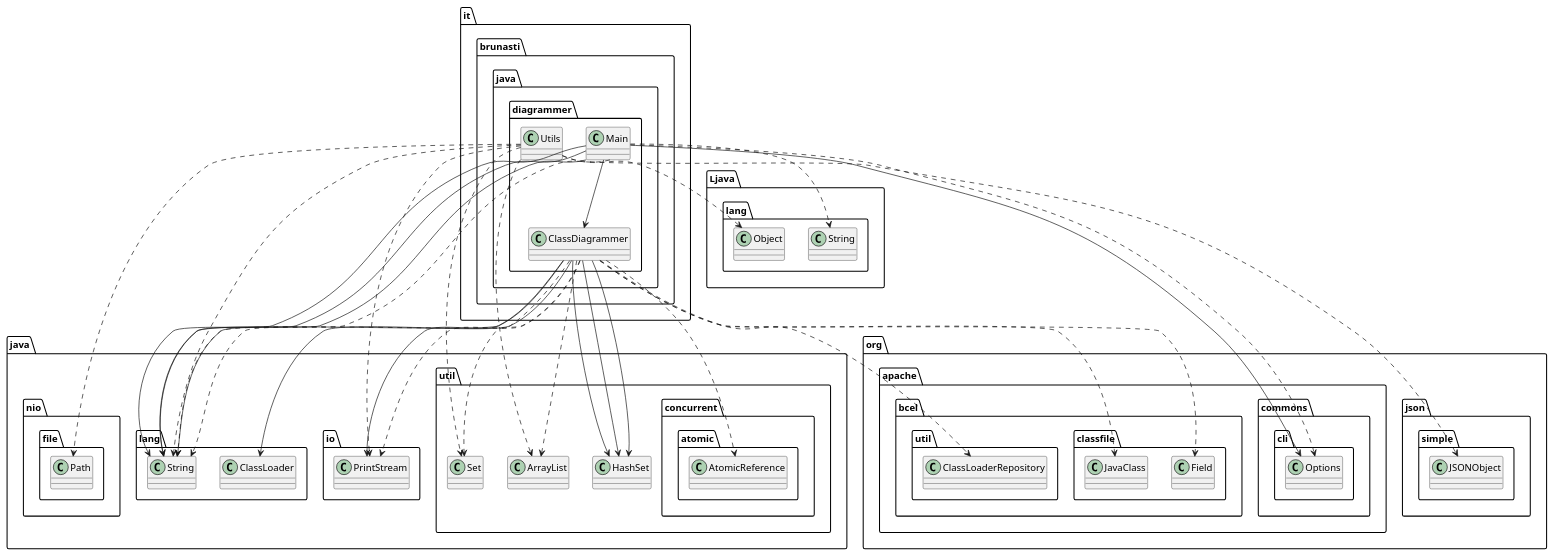
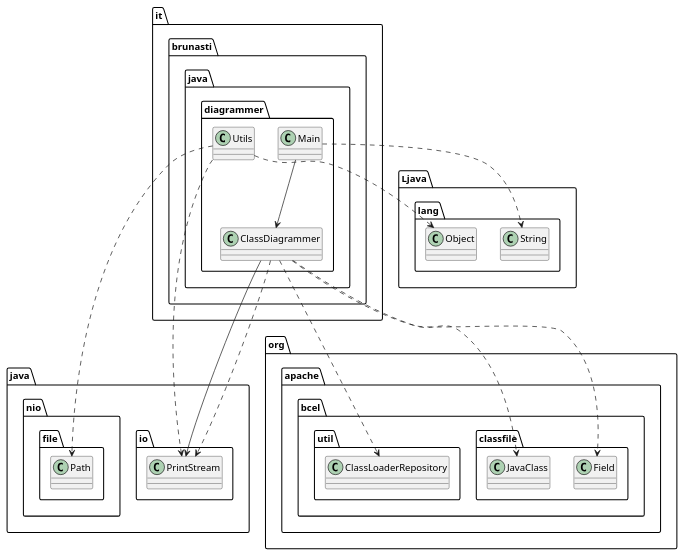
One commit to brunasti/java-diagrammer changed the diagram in temp/output.puml. Above: the diagram before and after it, drawn with PlantUML. The commit also changed 2 other files, not shown here.

Commit message:
Load configuration file - Step 05 fixed load from JSON

```diff
--- a/temp/output.puml
+++ b/temp/output.puml
@@ -1,55 +1,36 @@
 @startuml
 'https://plantuml.com/class-diagram
 
 ' GENERATE CLASS DIAGRAM ===========
 ' Generator     : it.brunasti.java.diagrammer.ClassDiagrammer
 ' Path          : [/Users/paolobrunasti/Work/Mine/java-diagrammer/java-diagrammer/target/classes]
 ' Configuration : [./temp/config.json]
-' Generated at  : Mon Mar 18 13:16:08 CET 2024
+' Generated at  : Mon Mar 18 13:33:12 CET 2024
 
 
 
 ' CLASSES =======
 class it.brunasti.java.diagrammer.ClassDiagrammer
 class it.brunasti.java.diagrammer.Utils
 class it.brunasti.java.diagrammer.Main
 
 ' INHERITANCES =======
 
 ' IMPLEMENT INTERFACE =======
 
 ' FIELDS =======
 it.brunasti.java.diagrammer.ClassDiagrammer --> java.io.PrintStream
-it.brunasti.java.diagrammer.ClassDiagrammer --> java.util.HashSet
-it.brunasti.java.diagrammer.ClassDiagrammer --> java.util.HashSet
-it.brunasti.java.diagrammer.ClassDiagrammer --> java.lang.String
-it.brunasti.java.diagrammer.ClassDiagrammer --> java.util.HashSet
-it.brunasti.java.diagrammer.ClassDiagrammer --> java.lang.ClassLoader
 it.brunasti.java.diagrammer.Main --> it.brunasti.java.diagrammer.ClassDiagrammer
-it.brunasti.java.diagrammer.Main --> java.lang.String
-it.brunasti.java.diagrammer.Main --> java.lang.String
-it.brunasti.java.diagrammer.Main --> java.lang.String
-it.brunasti.java.diagrammer.Main --> org.apache.commons.cli.Options
 
 ' USES =======
 it.brunasti.java.diagrammer.ClassDiagrammer ..> java.io.PrintStream
-it.brunasti.java.diagrammer.ClassDiagrammer ..> java.lang.String
-it.brunasti.java.diagrammer.ClassDiagrammer ..> java.util.Set
 it.brunasti.java.diagrammer.ClassDiagrammer ..> org.apache.bcel.classfile.JavaClass
 it.brunasti.java.diagrammer.ClassDiagrammer ..> org.apache.bcel.classfile.Field
-it.brunasti.java.diagrammer.ClassDiagrammer ..> java.util.ArrayList
 it.brunasti.java.diagrammer.ClassDiagrammer ..> org.apache.bcel.util.ClassLoaderRepository
-it.brunasti.java.diagrammer.ClassDiagrammer ..> java.util.concurrent.atomic.AtomicReference
-it.brunasti.java.diagrammer.Utils ..> java.lang.String
 it.brunasti.java.diagrammer.Utils ..> Ljava.lang.Object
 it.brunasti.java.diagrammer.Utils ..> java.io.PrintStream
-it.brunasti.java.diagrammer.Utils ..> java.util.ArrayList
-it.brunasti.java.diagrammer.Utils ..> java.util.Set
-it.brunasti.java.diagrammer.Utils ..> org.json.simple.JSONObject
 it.brunasti.java.diagrammer.Utils ..> java.nio.file.Path
-it.brunasti.java.diagrammer.Main ..> java.lang.String
 it.brunasti.java.diagrammer.Main ..> Ljava.lang.String
-it.brunasti.java.diagrammer.Main ..> org.apache.commons.cli.Options
 
 
 @enduml
```
